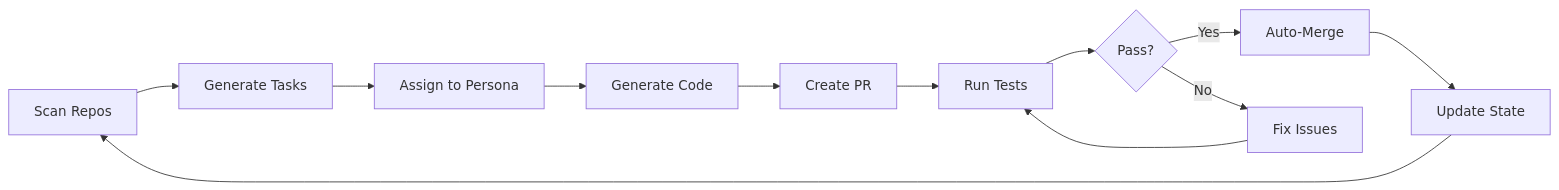
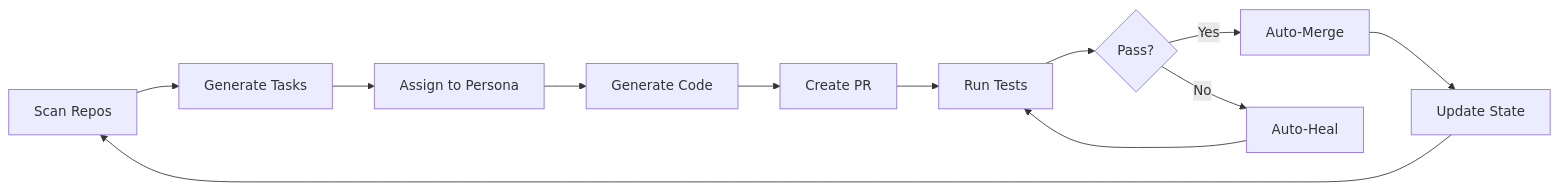
Before and after one commit to InfinityXOneSystems/genesis: the second of 2 diagrams in README.md, drawn with Mermaid. The commit also changed other lines of this file and 9 other files, not shown here.

````diff
--- a/README.md
+++ b/README.md
@@ -171,14 +242,14 @@
 ```mermaid
 graph LR
     A[Scan Repos] --> B[Generate Tasks]
     B --> C[Assign to Persona]
     C --> D[Generate Code]
     D --> E[Create PR]
     E --> F[Run Tests]
     F --> G{Pass?}
     G -->|Yes| H[Auto-Merge]
-    G -->|No| I[Fix Issues]
+    G -->|No| I[Auto-Heal]
     I --> F
     H --> J[Update State]
     J --> A
 ```
````
